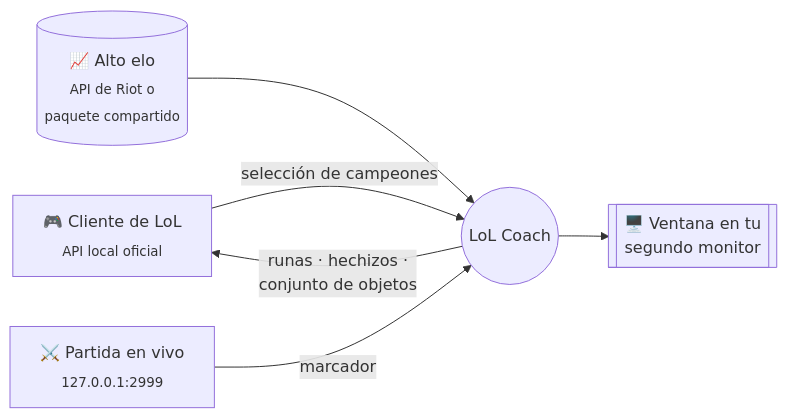
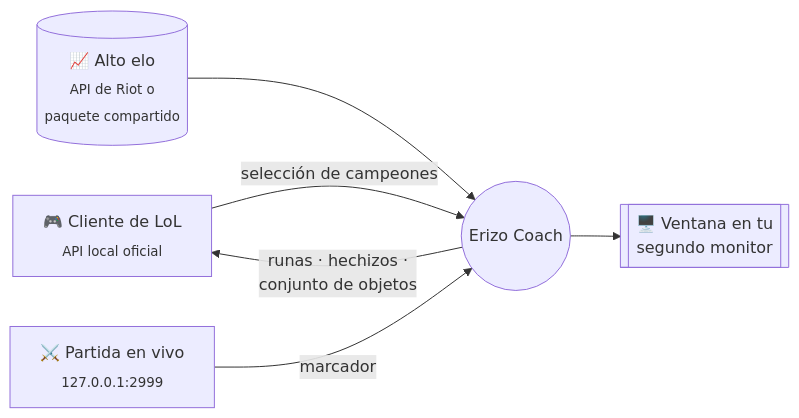
One commit to ericperezortuno/ErizoCoach changed the diagram in README.md. Above: the diagram before and after it, drawn with Mermaid. The commit also changed other lines of this file and 62 other files, not shown here.

First line of the commit message:
Erizo Coach v0.19.0: la app cambia de nombre y estrena logo

````diff
--- a/README.md
+++ b/README.md
@@ -133,8 +133,8 @@
 ```mermaid
 flowchart LR
-    C["🎮 Cliente de LoL<br/><sub>API local oficial</sub>"] -- "selección de campeones" --> A(("LoL Coach"))
+    C["🎮 Cliente de LoL<br/><sub>API local oficial</sub>"] -- "selección de campeones" --> A(("Erizo Coach"))
     S[("📈 Alto elo<br/><sub>API de Riot o<br/>paquete compartido</sub>")] --> A
     A -- "runas · hechizos ·<br/>conjunto de objetos" --> C
     P["⚔️ Partida en vivo<br/><sub>127.0.0.1:2999</sub>"] -- "marcador" --> A
     A --> V[["🖥️ Ventana en tu<br/>segundo monitor"]]
 ```
````
